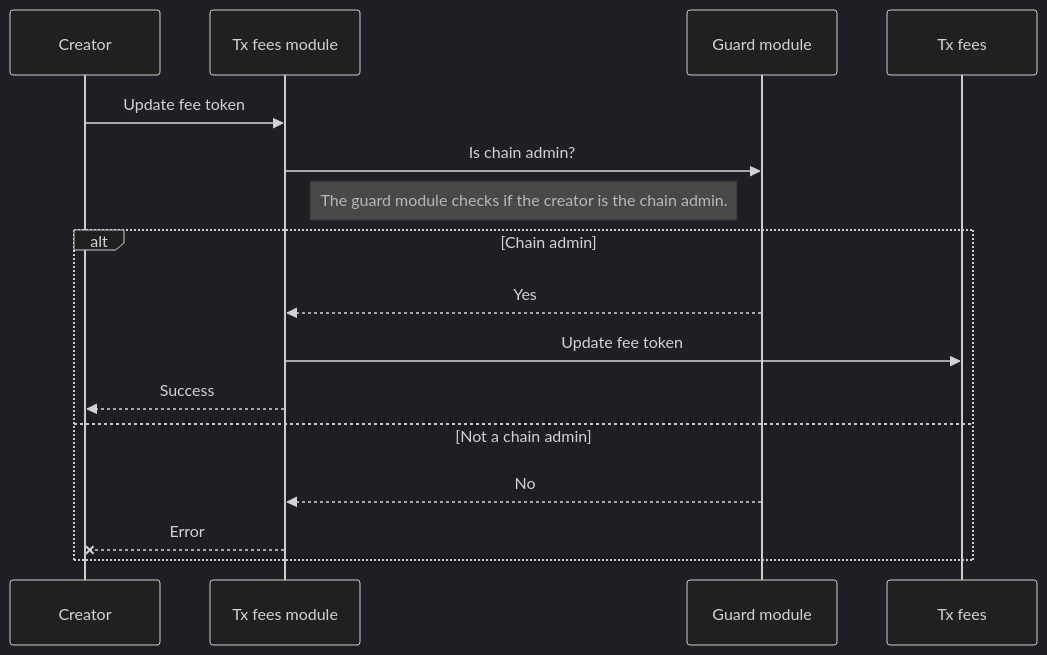
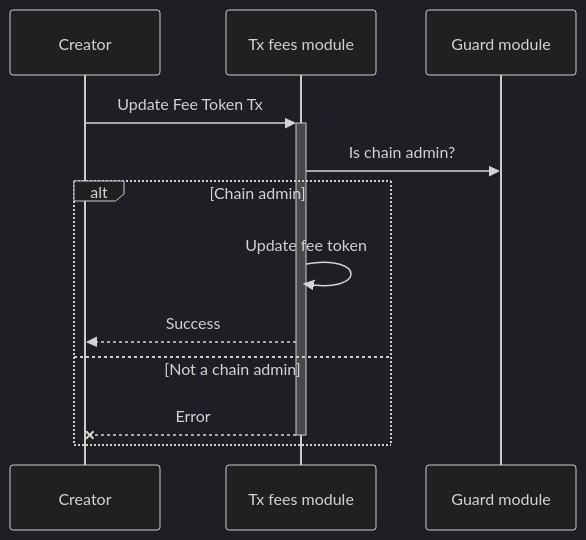
Before and after one commit to MANTRA-Chain/mantrachain: the second of 3 diagrams in x/txfees/spec/01_txs_flows.md, drawn with Mermaid (dark theme). The commit also changed other lines of this file and 12 other files, not shown here.

Commit message:
docs: add update txs flows docs

````diff
--- a/x/txfees/spec/01_txs_flows.md
+++ b/x/txfees/spec/01_txs_flows.md
@@ -25,14 +22,11 @@
 ```mermaid
 sequenceDiagram
-Creator ->> Tx fees module: Update fee token
+Creator->>+Tx fees module: Update Fee Token Tx
 Tx fees module->>Guard module: Is chain admin?
-Note left of Guard module: The guard module checks if the creator is the chain admin.
 alt Chain admin
-  Guard module-->>Tx fees module: Yes
-  Tx fees module->>Tx fees: Update fee token
-  Tx fees module-->> Creator: Success
+  Tx fees module->>Tx fees module: Update fee token
+  Tx fees module-->>Creator: Success
 else Not a chain admin
-  Guard module-->>Tx fees module: No
-  Tx fees module--x Creator: Error
+  Tx fees module--x-Creator: Error
 end
 ```
````
